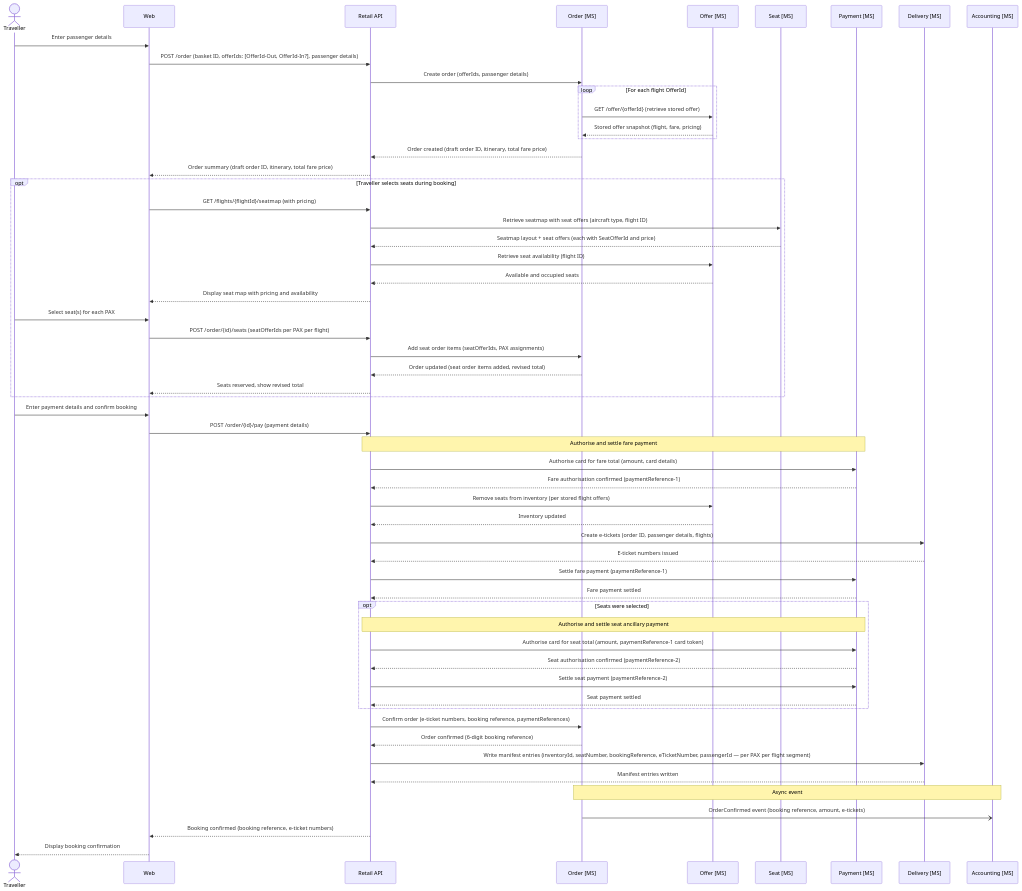
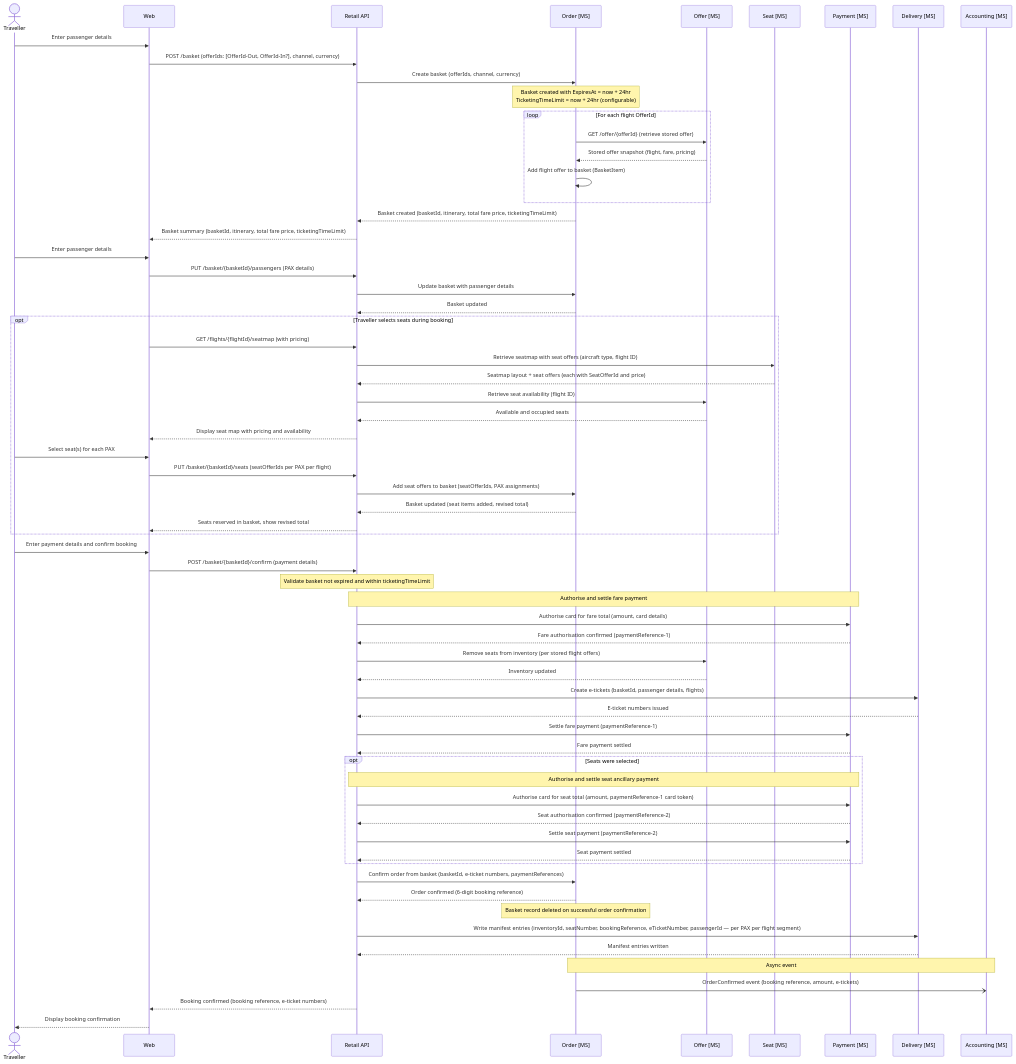
Before and after one commit to sebharvey/airline-reservation-system: the third of 8 diagrams in architecture/design.md, drawn with Mermaid. The commit also changed other lines of this file, not shown here.

````diff
--- a/architecture/design.md
+++ b/architecture/design.md
@@ -273,73 +275,82 @@
 ```mermaid
 sequenceDiagram
     actor Traveller
     participant Web
     participant RetailAPI as Retail API
     participant OrderMS as Order [MS]
     participant OfferMS as Offer [MS]
     participant SeatMS as Seat [MS]
     participant PaymentMS as Payment [MS]
     participant DeliveryMS as Delivery [MS]
     participant AccountingMS as Accounting [MS]
 
     Traveller->>Web: Enter passenger details
 
-    Web->>RetailAPI: POST /order (basket ID, offerIds: [OfferId-Out, OfferId-In?], passenger details)
-    RetailAPI->>OrderMS: Create order (offerIds, passenger details)
+    Web->>RetailAPI: POST /basket (offerIds: [OfferId-Out, OfferId-In?], channel, currency)
+    RetailAPI->>OrderMS: Create basket (offerIds, channel, currency)
+    Note over OrderMS: Basket created with ExpiresAt = now + 24hr<br/>TicketingTimeLimit = now + 24hr (configurable)
 
     loop For each flight OfferId
         OrderMS->>OfferMS: GET /offer/{offerId} (retrieve stored offer)
         OfferMS-->>OrderMS: Stored offer snapshot (flight, fare, pricing)
+        OrderMS->>OrderMS: Add flight offer to basket (BasketItem)
     end
 
-    OrderMS-->>RetailAPI: Order created (draft order ID, itinerary, total fare price)
-    RetailAPI-->>Web: Order summary (draft order ID, itinerary, total fare price)
+    OrderMS-->>RetailAPI: Basket created (basketId, itinerary, total fare price, ticketingTimeLimit)
+    RetailAPI-->>Web: Basket summary (basketId, itinerary, total fare price, ticketingTimeLimit)
+
+    Traveller->>Web: Enter passenger details
+    Web->>RetailAPI: PUT /basket/{basketId}/passengers (PAX details)
+    RetailAPI->>OrderMS: Update basket with passenger details
+    OrderMS-->>RetailAPI: Basket updated
 
     opt Traveller selects seats during booking
         Web->>RetailAPI: GET /flights/{flightId}/seatmap (with pricing)
         RetailAPI->>SeatMS: Retrieve seatmap with seat offers (aircraft type, flight ID)
         SeatMS-->>RetailAPI: Seatmap layout + seat offers (each with SeatOfferId and price)
         RetailAPI->>OfferMS: Retrieve seat availability (flight ID)
         OfferMS-->>RetailAPI: Available and occupied seats
         RetailAPI-->>Web: Display seat map with pricing and availability
         Traveller->>Web: Select seat(s) for each PAX
-        Web->>RetailAPI: POST /order/{id}/seats (seatOfferIds per PAX per flight)
-        RetailAPI->>OrderMS: Add seat order items (seatOfferIds, PAX assignments)
-        OrderMS-->>RetailAPI: Order updated (seat order items added, revised total)
-        RetailAPI-->>Web: Seats reserved, show revised total
+        Web->>RetailAPI: PUT /basket/{basketId}/seats (seatOfferIds per PAX per flight)
+        RetailAPI->>OrderMS: Add seat offers to basket (seatOfferIds, PAX assignments)
+        OrderMS-->>RetailAPI: Basket updated (seat items added, revised total)
+        RetailAPI-->>Web: Seats reserved in basket, show revised total
     end
 
     Traveller->>Web: Enter payment details and confirm booking
 
-    Web->>RetailAPI: POST /order/{id}/pay (payment details)
+    Web->>RetailAPI: POST /basket/{basketId}/confirm (payment details)
+    Note over RetailAPI: Validate basket not expired and within ticketingTimeLimit
 
     Note over RetailAPI, PaymentMS: Authorise and settle fare payment
     RetailAPI->>PaymentMS: Authorise card for fare total (amount, card details)
     PaymentMS-->>RetailAPI: Fare authorisation confirmed (paymentReference-1)
     RetailAPI->>OfferMS: Remove seats from inventory (per stored flight offers)
     OfferMS-->>RetailAPI: Inventory updated
-    RetailAPI->>DeliveryMS: Create e-tickets (order ID, passenger details, flights)
+    RetailAPI->>DeliveryMS: Create e-tickets (basketId, passenger details, flights)
     DeliveryMS-->>RetailAPI: E-ticket numbers issued
     RetailAPI->>PaymentMS: Settle fare payment (paymentReference-1)
     PaymentMS-->>RetailAPI: Fare payment settled
 
     opt Seats were selected
         Note over RetailAPI, PaymentMS: Authorise and settle seat ancillary payment
         RetailAPI->>PaymentMS: Authorise card for seat total (amount, paymentReference-1 card token)
         PaymentMS-->>RetailAPI: Seat authorisation confirmed (paymentReference-2)
         RetailAPI->>PaymentMS: Settle seat payment (paymentReference-2)
         PaymentMS-->>RetailAPI: Seat payment settled
     end
 
-    RetailAPI->>OrderMS: Confirm order (e-ticket numbers, booking reference, paymentReferences)
+    RetailAPI->>OrderMS: Confirm order from basket (basketId, e-ticket numbers, paymentReferences)
     OrderMS-->>RetailAPI: Order confirmed (6-digit booking reference)
+    Note over OrderMS: Basket record deleted on successful order confirmation
 
     RetailAPI->>DeliveryMS: Write manifest entries (inventoryId, seatNumber, bookingReference, eTicketNumber, passengerId — per PAX per flight segment)
     DeliveryMS-->>RetailAPI: Manifest entries written
 
     Note over OrderMS, AccountingMS: Async event
     OrderMS-)AccountingMS: OrderConfirmed event (booking reference, amount, e-tickets)
 
     RetailAPI-->>Web: Booking confirmed (booking reference, e-ticket numbers)
     Web-->>Traveller: Display booking confirmation
 ```
````
